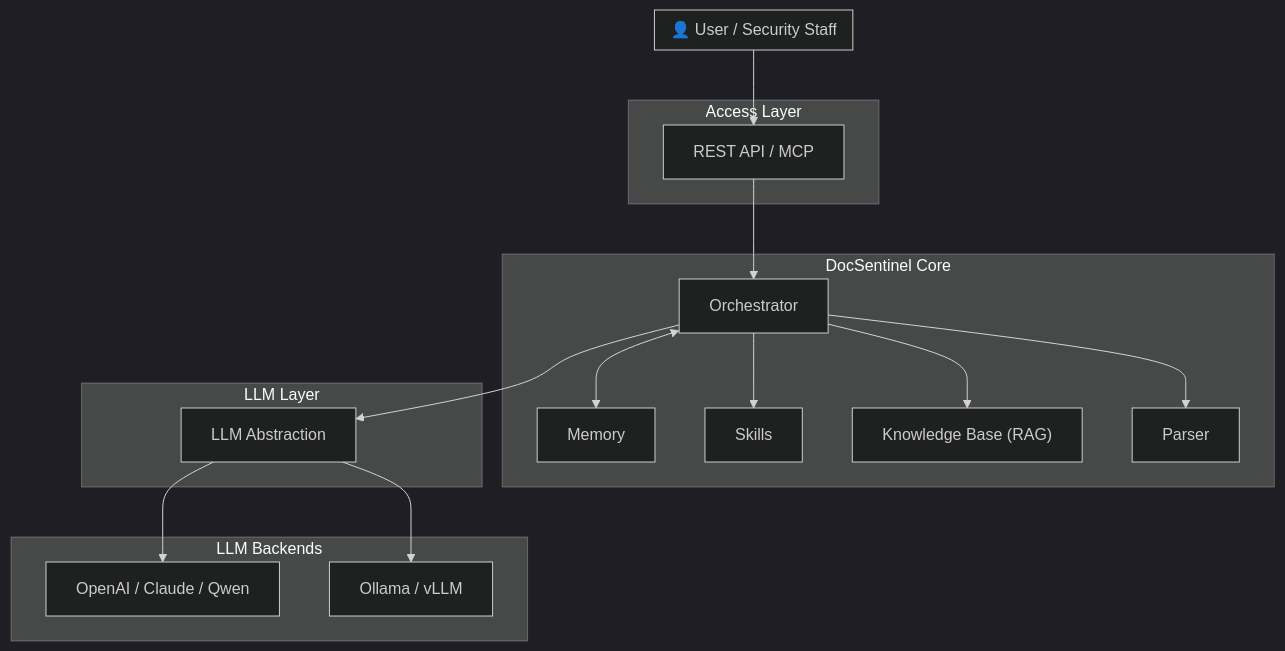
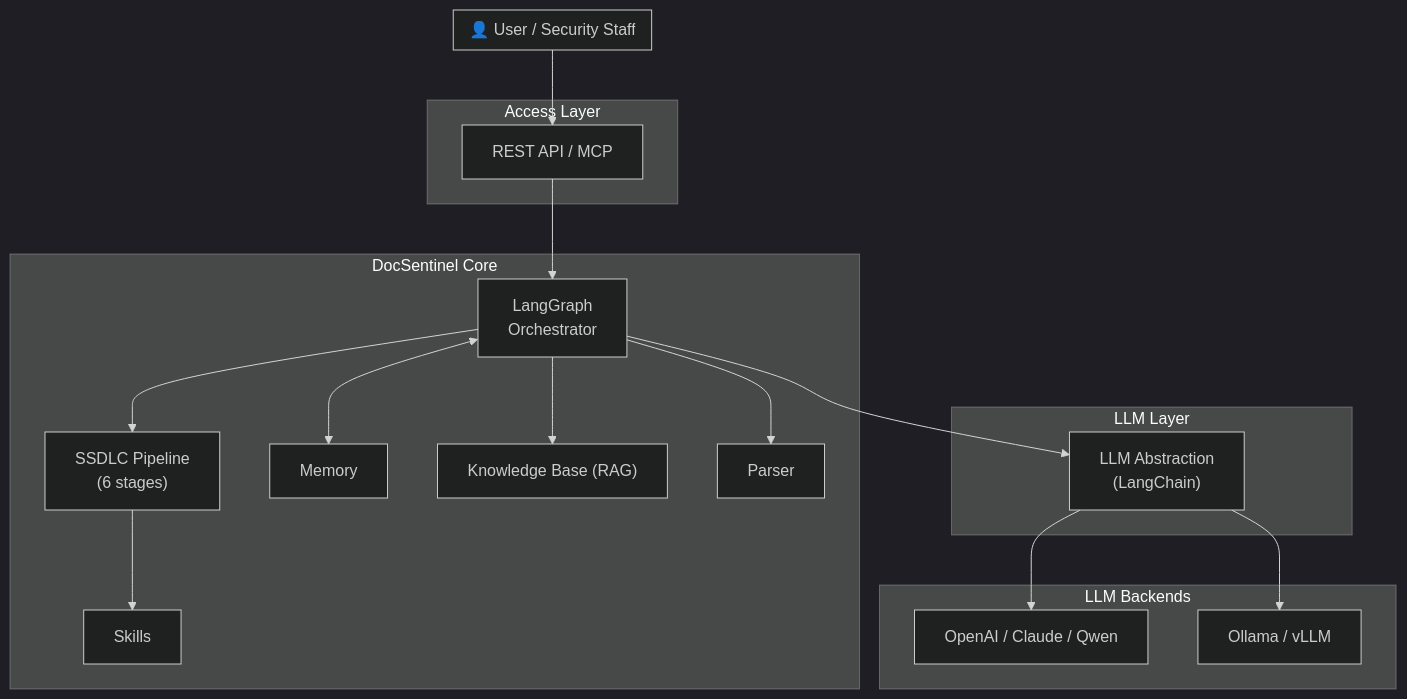
One commit to arthurpanhku/DocSentinel changed the diagram in README.md. Above: the diagram before and after it, drawn with Mermaid (dark theme). The commit also changed other lines of this file and 9 other files, not shown here.

````diff
--- a/README.md
+++ b/README.md
@@ -65,32 +68,34 @@
 ```mermaid
 flowchart TB
     subgraph User["👤 User / Security Staff"]
     end
     subgraph Access["Access Layer"]
         API["REST API / MCP"]
     end
     subgraph Core["DocSentinel Core"]
-        Orch["Orchestrator"]
+        Orch["LangGraph\nOrchestrator"]
+        SSDLC["SSDLC Pipeline\n(6 stages)"]
         Mem["Memory"]
         Skill["Skills"]
         KB["Knowledge Base (RAG)"]
         Parser["Parser"]
     end
     subgraph LLM["LLM Layer"]
-        Abst["LLM Abstraction"]
+        Abst["LLM Abstraction\n(LangChain)"]
     end
     subgraph Backends["LLM Backends"]
         Cloud["OpenAI / Claude / Qwen"]
         Local["Ollama / vLLM"]
     end
 
     User --> API
     API --> Orch
+    Orch --> SSDLC
+    SSDLC --> Skill
     Orch <--> Mem
-    Orch --> Skill
     Orch --> KB
     Orch --> Parser
     Orch --> Abst
     Abst --> Cloud
     Abst --> Local
 ```
````
